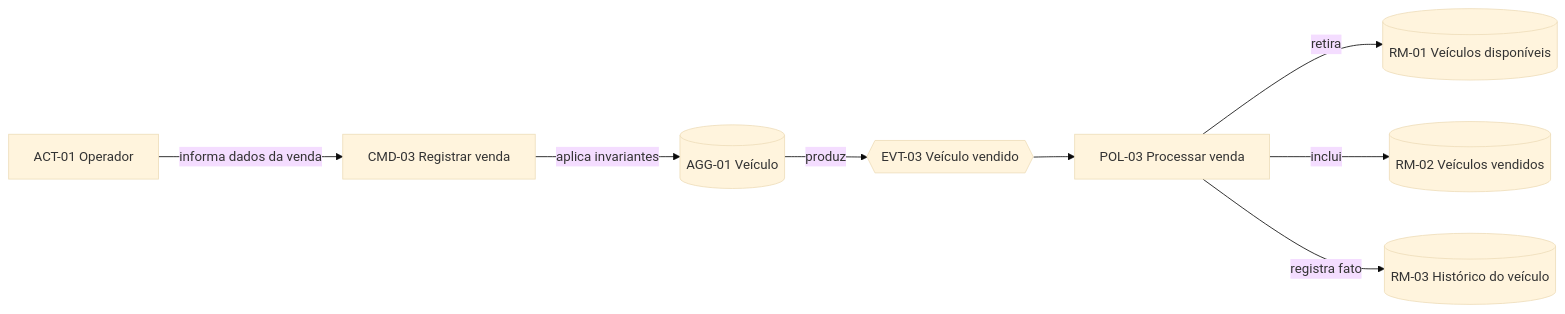
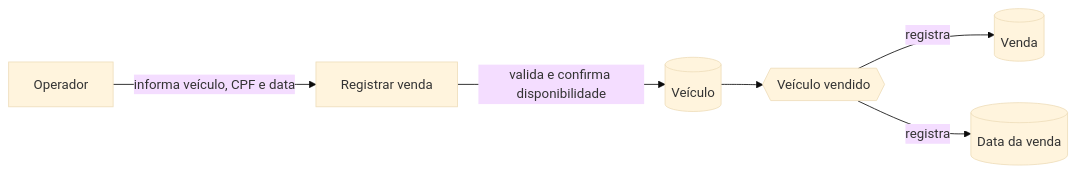
One commit to edionay/fiap-r changed the fourth of 6 diagrams in docs/ddd/event-storming.md. Above: the diagram before and after it, drawn with Mermaid (base theme). The commit also changed other lines of this file and 2 other files, not shown here.

````diff
--- a/docs/ddd/event-storming.md
+++ b/docs/ddd/event-storming.md
@@ -141,19 +72,15 @@
 ```mermaid
 flowchart LR
-    ACT[ACT-01 Operador]
-    CMD[CMD-03 Registrar venda]
-    AGG[(AGG-01 Veículo)]
-    EVT{{EVT-03 Veículo vendido}}
-    POL[POL-03 Processar venda]
-    AVAILABLE[(RM-01 Veículos disponíveis)]
-    SOLD[(RM-02 Veículos vendidos)]
-    HISTORY[(RM-03 Histórico do veículo)]
+    O[Operador]
+    I[Registrar venda]
+    A[(Veículo)]
+    F{{Veículo vendido}}
+    VD[(Venda)]
+    D[(Data da venda)]
 
-    ACT -->|informa dados da venda| CMD
-    CMD -->|aplica invariantes| AGG
-    AGG -->|produz| EVT
-    EVT --> POL
-    POL -->|retira| AVAILABLE
-    POL -->|inclui| SOLD
-    POL -->|registra fato| HISTORY
+    O -->|informa veículo, CPF e data| I
+    I -->|valida e confirma disponibilidade| A
+    A --> F
+    F -->|registra| VD
+    F -->|registra| D
 ```
````
